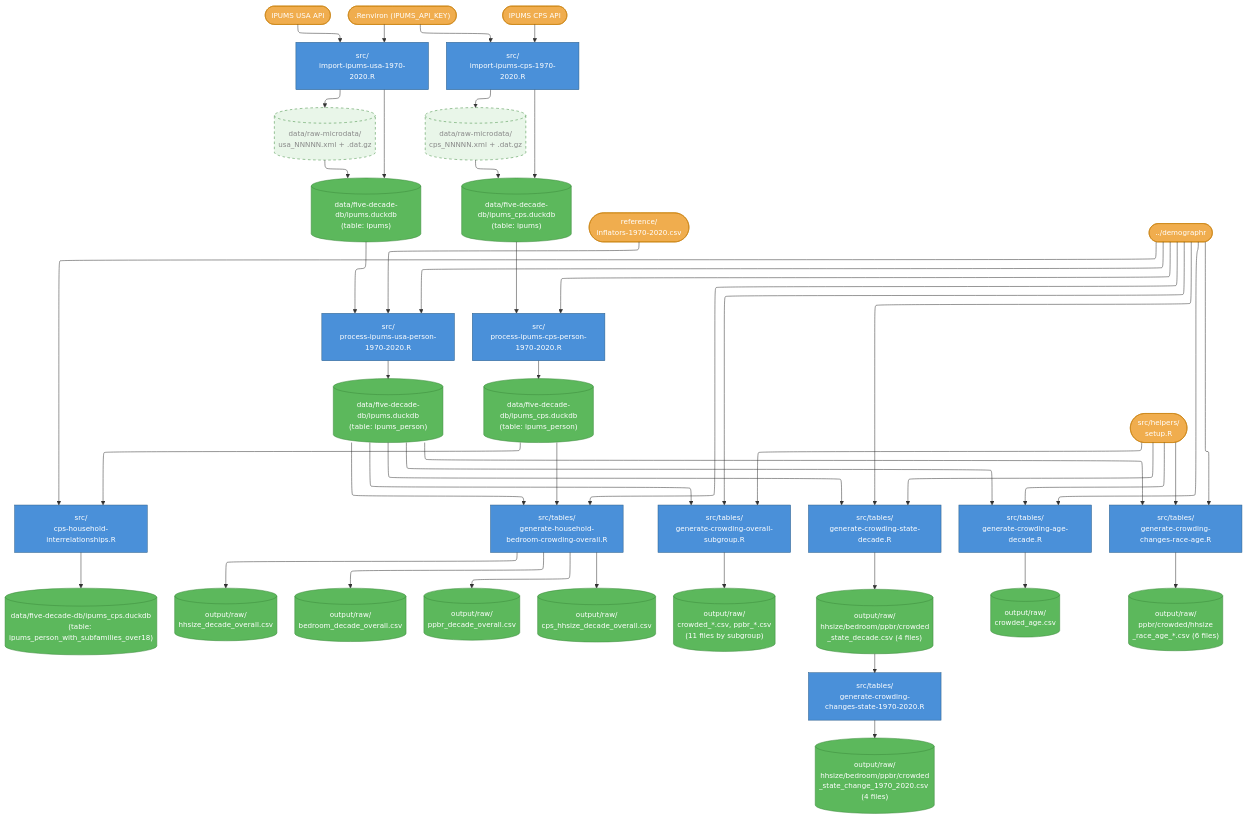
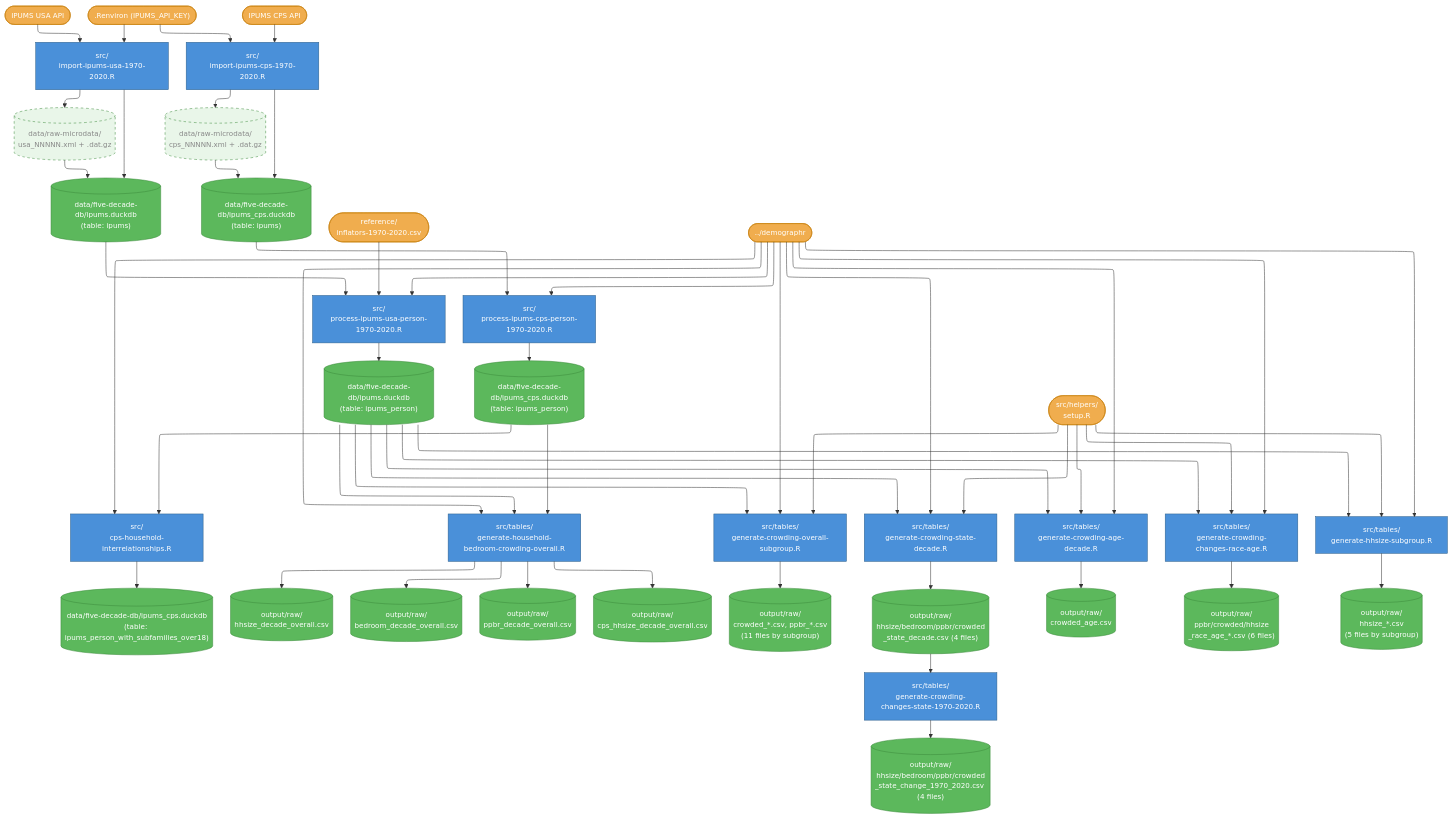
The diagram in households-over-the-years/Data flow.md (lorae/households-over-the-years), drawn with Mermaid before and after one commit. The commit also changed 2 other files, not shown here.

Commit message:
refactor: move generate-hhsize-subgroup to src/tables/, add header and diagram entry

````diff
--- a/households-over-the-years/Data flow.md
+++ b/households-over-the-years/Data flow.md
@@ -133,4 +133,13 @@
     demographr --> gen_crowding_race_age
     setup --> gen_crowding_race_age
     gen_crowding_race_age --> crowding_race_age_csvs
+
+    %% --- Tables: household size by subgroup ---
+    gen_hhsize_subgroup["src/tables/<br>generate-hhsize-subgroup.R"]:::script
+    hhsize_subgroup_csvs[("output/raw/<br>hhsize_*.csv<br>(5 files by subgroup)")]:::data
+
+    ipums_person_db --> gen_hhsize_subgroup
+    demographr --> gen_hhsize_subgroup
+    setup --> gen_hhsize_subgroup
+    gen_hhsize_subgroup --> hhsize_subgroup_csvs
 ```
````
